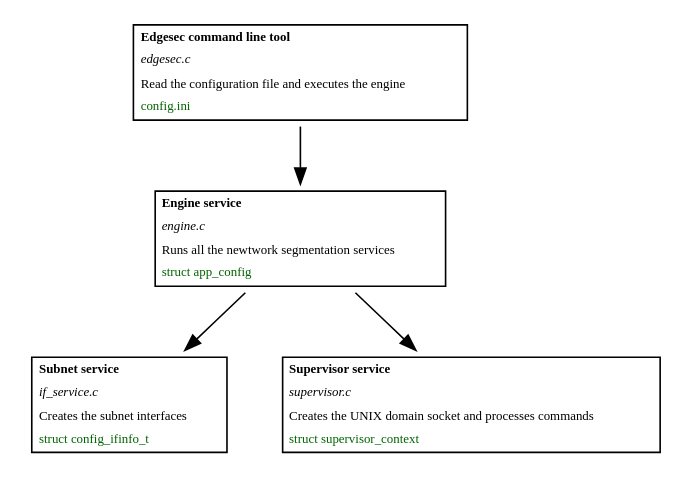
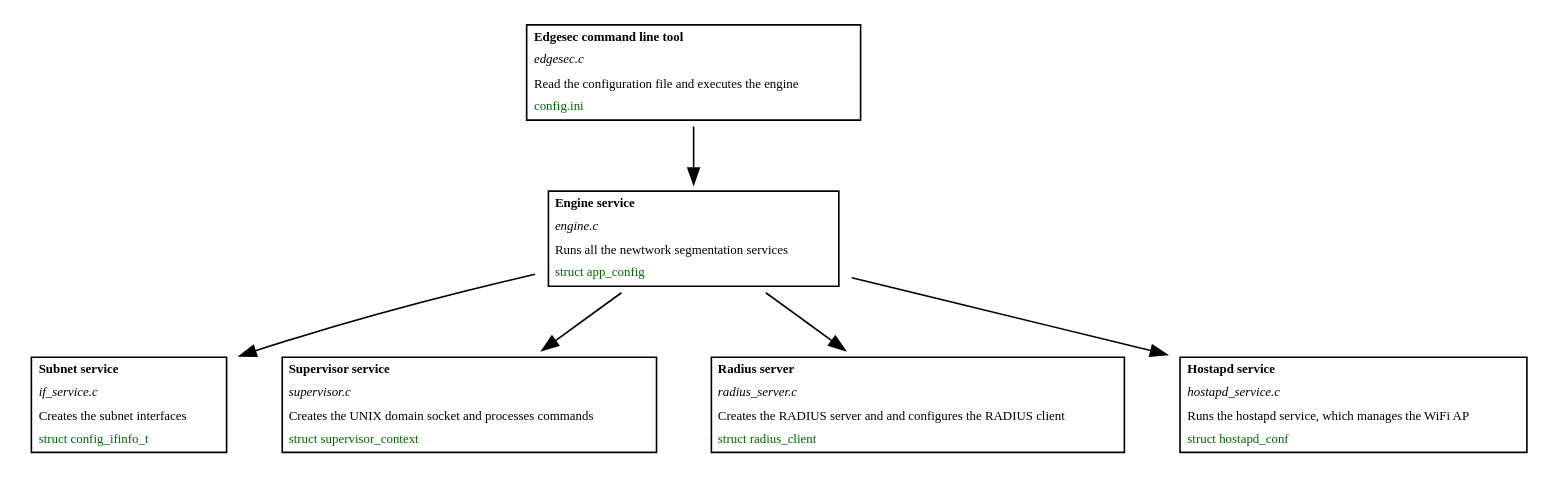
The diagram in docs/network-segmentation-arch.dot (nqminds/edgesec), drawn with Graphviz before and after one commit.

```diff
--- a/docs/network-segmentation-arch.dot
+++ b/docs/network-segmentation-arch.dot
@@ -1,40 +1,58 @@
 digraph D {
 
   node [shape=plaintext fontname="Sans serif" fontsize="8"];
 
   edgesec [ label=<
    <table border="1" cellborder="0" cellspacing="1">
      <tr><td align="left"><b>Edgesec command line tool</b></td></tr>
      <tr><td align="left"><i>edgesec.c</i></td></tr>
      <tr><td align="left">Read the configuration file and executes the engine</td></tr>
      <tr><td align="left"><font color="darkgreen">config.ini</font></td></tr>
    </table>>];
 
   engine [ label=<
    <table border="1" cellborder="0" cellspacing="1">
      <tr><td align="left"><b>Engine service</b></td></tr>
      <tr><td align="left"><i>engine.c</i></td></tr>
      <tr><td align="left">Runs all the newtwork segmentation services</td></tr>
      <tr><td align="left"><font color="darkgreen">struct app_config</font></td></tr>
    </table>>];
 
   subnet_service [ label=<
    <table border="1" cellborder="0" cellspacing="1">
      <tr><td align="left"><b>Subnet service</b></td></tr>
      <tr><td align="left"><i>if_service.c</i></td></tr>
      <tr><td align="left">Creates the subnet interfaces</td></tr>
      <tr><td align="left"><font color="darkgreen">struct config_ifinfo_t</font></td></tr>
    </table>>];
 
   supervisor [ label=<
    <table border="1" cellborder="0" cellspacing="1">
      <tr><td align="left"><b>Supervisor service</b></td></tr>
      <tr><td align="left"><i>supervisor.c</i></td></tr>
-     <tr><td align="left">Creates the UNIX domain socket and processes commands </td></tr>
+     <tr><td align="left">Creates the UNIX domain socket and processes commands</td></tr>
      <tr><td align="left"><font color="darkgreen">struct supervisor_context</font></td></tr>
+   </table>>];
+
+  radius [ label=<
+   <table border="1" cellborder="0" cellspacing="1">
+     <tr><td align="left"><b>Radius server</b></td></tr>
+     <tr><td align="left"><i>radius_server.c</i></td></tr>
+     <tr><td align="left">Creates the RADIUS server and and configures the RADIUS client</td></tr>
+     <tr><td align="left"><font color="darkgreen">struct radius_client</font></td></tr>
+   </table>>];
+
+  hostapd [ label=<
+   <table border="1" cellborder="0" cellspacing="1">
+     <tr><td align="left"><b>Hostapd service</b></td></tr>
+     <tr><td align="left"><i>hostapd_service.c</i></td></tr>
+     <tr><td align="left">Runs the hostapd service, which manages the WiFi AP</td></tr>
+     <tr><td align="left"><font color="darkgreen">struct hostapd_conf</font></td></tr>
    </table>>];
 
   edgesec -> engine;
   engine -> subnet_service;
   engine -> supervisor;
+  engine -> radius;
+  engine -> hostapd;
 }
```
